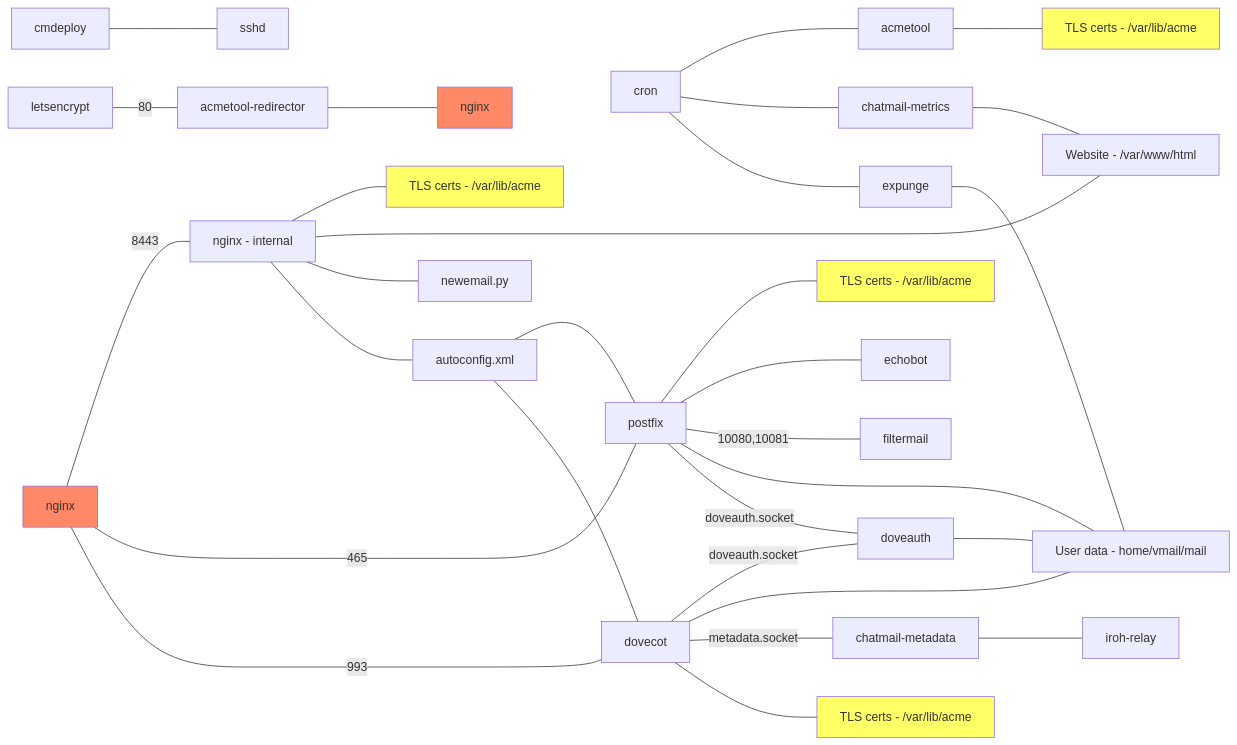
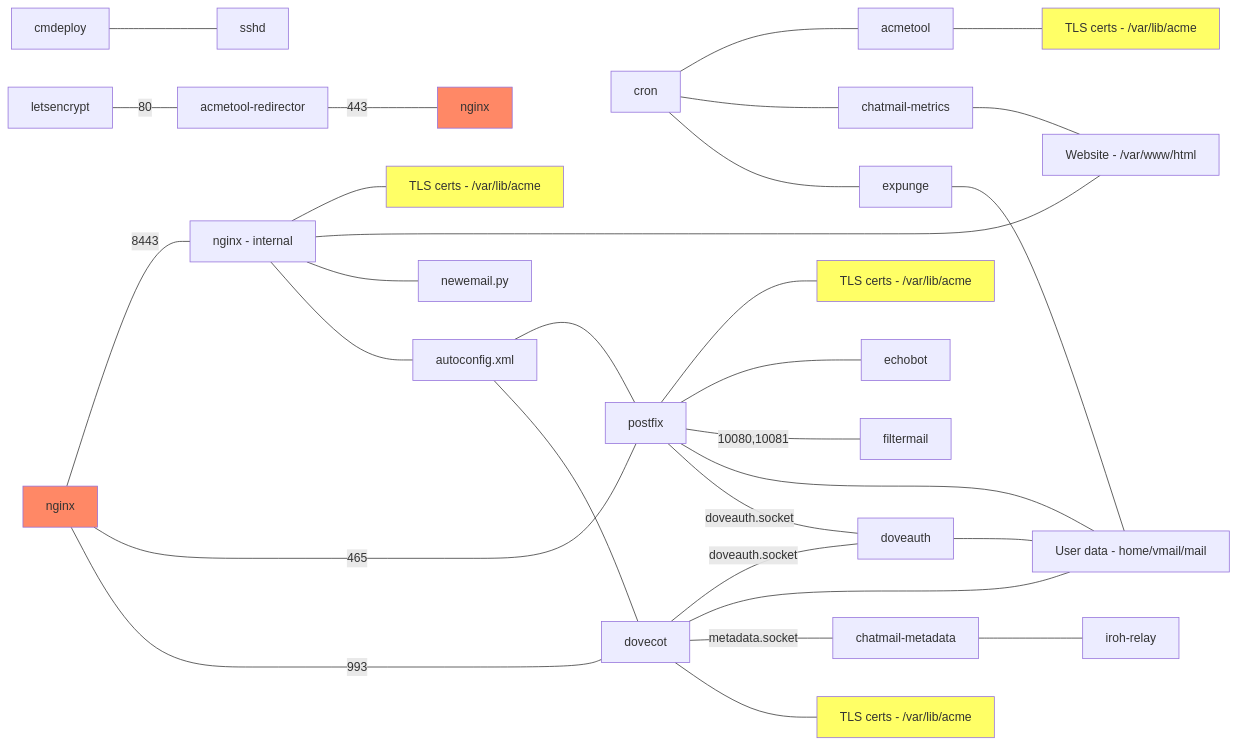
One commit to cliffmccarthy/chatmail-relay changed the diagram in ARCHITECTURE.md. Above: the diagram before and after it, drawn with Mermaid.

Commit message:
show port 443

````diff
--- a/ARCHITECTURE.md
+++ b/ARCHITECTURE.md
@@ -4,38 +4,38 @@
 ```mermaid
 graph LR;
     cmdeploy --- sshd;
     letsencrypt --- |80|acmetool-redirector;
-    acmetool-redirector --- nginx-right[nginx];
+    acmetool-redirector --- |443|nginx-right[nginx];
     nginx --- |8443|nginx-internal[nginx - internal];
     nginx-internal --- certs-nginx[TLS certs - /var/lib/acme];
     nginx-internal --- website[Website - /var/www/html];
     nginx-internal --- newemail.py;
     nginx-internal --- autoconfig.xml;
     cron --- acmetool;
     cron --- chatmail-metrics;
     cron --- expunge;
     chatmail-metrics --- website;
     acmetool --- certs[TLS certs - /var/lib/acme];
     nginx --- |465|postfix;
     nginx --- |993|dovecot;
     autoconfig.xml --- postfix;
     autoconfig.xml --- dovecot;
     postfix --- certs-postfix[TLS certs - /var/lib/acme];
     postfix --- echobot;
     postfix --- |10080,10081|filtermail;
     postfix --- users[User data - home/vmail/mail];
     postfix --- |doveauth.socket|doveauth;
     dovecot --- |doveauth.socket|doveauth;
     dovecot --- users;
     dovecot --- |metadata.socket|chatmail-metadata;
     dovecot --- certs-dovecot[TLS certs - /var/lib/acme];
     doveauth --- users;
     expunge --- users;
     chatmail-metadata --- iroh-relay;
     style certs fill:#ff6;
     style certs-nginx fill:#ff6;
     style certs-postfix fill:#ff6;
     style certs-dovecot fill:#ff6;
     style nginx fill:#f86;
     style nginx-right fill:#f86;
 ```
````
